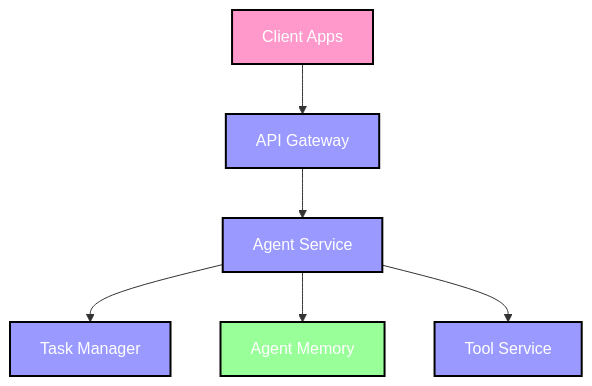
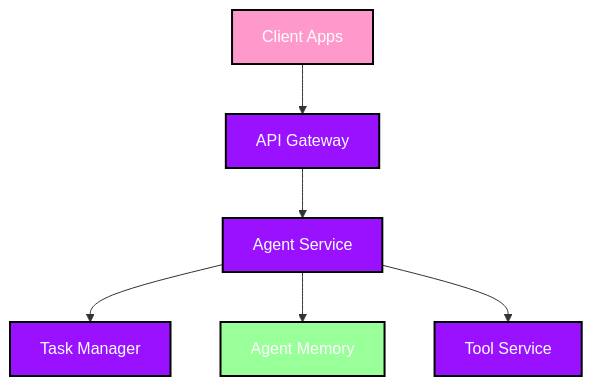
One commit to dshorter/agent_toolkit changed the diagram in README.md. Above: the diagram before and after it, drawn with Mermaid.

````diff
--- a/README.md
+++ b/README.md
@@ -33,21 +33,21 @@
 ```mermaid
 graph TD
    CA[Client Apps] --> API[API Gateway]
    API --> AS[Agent Service]
    AS --> TM[Task Manager]
    AS --> AM[Agent Memory]
    AS --> TS[Tool Service]
 
    %% Style classes 
    classDef default fill:#2B3D53,stroke:#000000,stroke-width:2px,color:#FFFFFF;
    classDef client fill:#ff99cc,stroke:#000000,stroke-width:2px,color:#000000;
-   classDef service fill:#9999ff,stroke:#000000,stroke-width:2px,color:#000000;
+   classDef service fill:#9911ff,stroke:#000000,stroke-width:2px,color:#000000;
    classDef storage fill:#99ff99,stroke:#000000,stroke-width:2px,color:#000000;
    classDef text color:#FFFFFF;      
    
   %% Apply styles
  class CA client;
  class API,AS,TM,TS service;
  class AM storage
  class CA,API,AS,TM,AM,TS text;;
 ```
````
